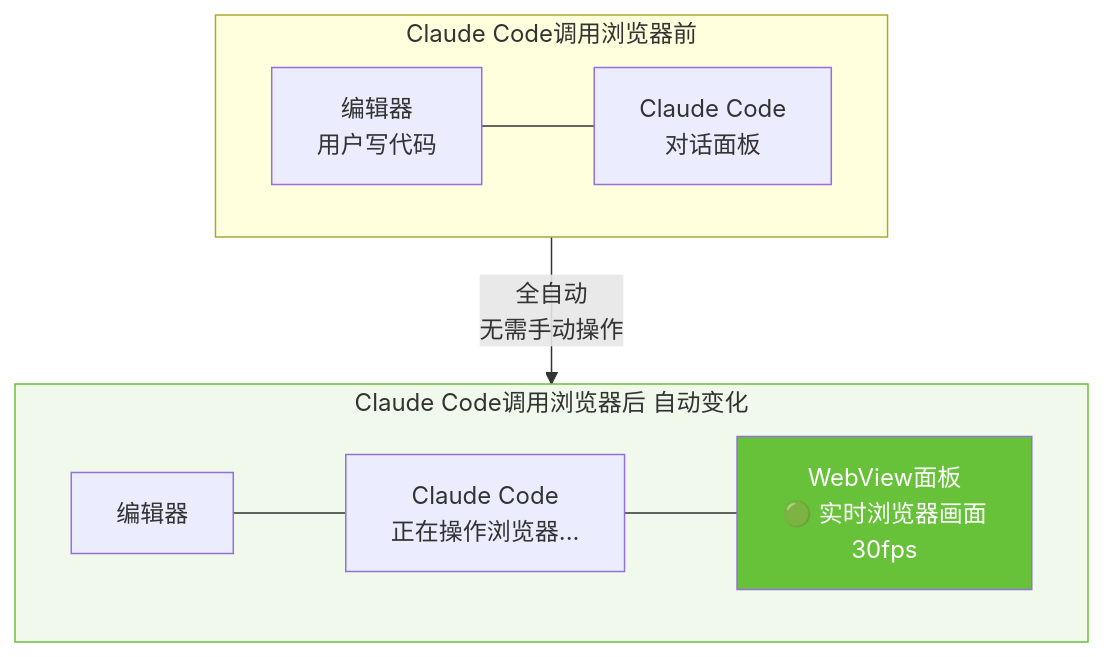
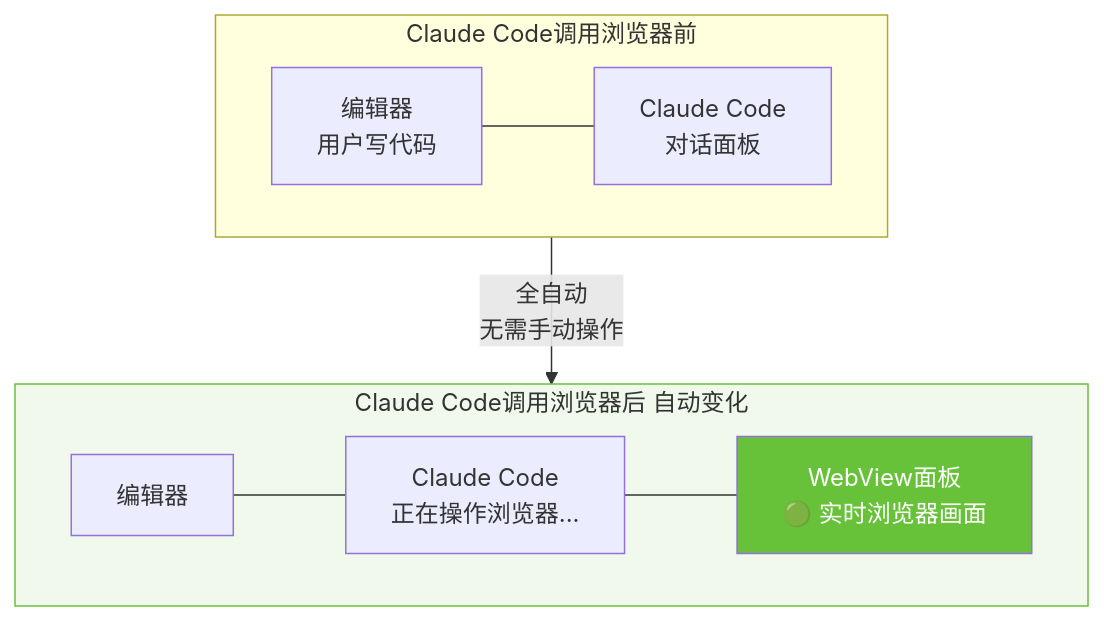
Diagram 21 of 21 in dev_notes/remote-browser-viewer-guide.md (scutshuxue/ai-coding-research), drawn with Mermaid before and after one commit. The commit also changed other lines of this file, not shown here.

First line of the commit message:
Fix 10 architecture issues in remote browser viewer guide

````diff
--- a/dev_notes/remote-browser-viewer-guide.md
+++ b/dev_notes/remote-browser-viewer-guide.md
@@ -1184,17 +1224,17 @@
 ```mermaid
 graph TB
     subgraph Before["Claude Code调用浏览器前"]
         direction LR
         EDITOR1["编辑器<br/>用户写代码"] --- CHAT1["Claude Code<br/>对话面板"]
     end
 
     subgraph After["Claude Code调用浏览器后 自动变化"]
         direction LR
-        EDITOR2["编辑器"] --- CHAT2["Claude Code<br/>正在操作浏览器..."] --- BROWSER["WebView面板<br/>🟢 实时浏览器画面<br/>30fps"]
+        EDITOR2["编辑器"] --- CHAT2["Claude Code<br/>正在操作浏览器..."] --- BROWSER["WebView面板<br/>🟢 实时浏览器画面"]
     end
 
     Before -->|"全自动<br/>无需手动操作"| After
 
     style BROWSER fill:#67c23a,color:#fff
     style After fill:#f0f9eb,stroke:#67c23a
 ```
````
